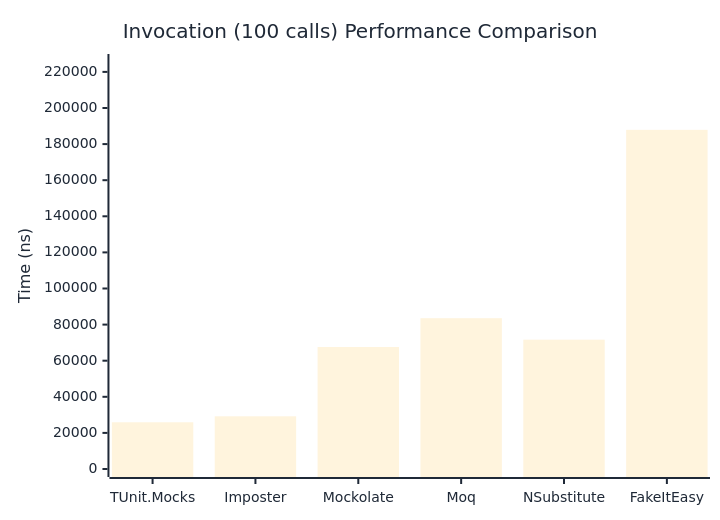
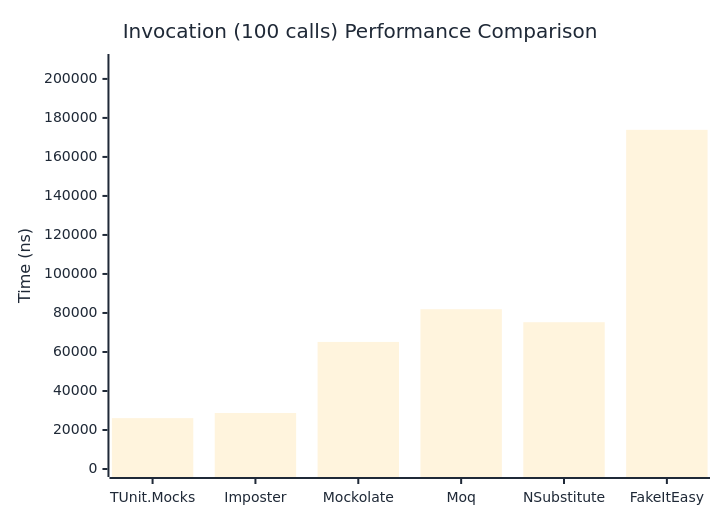
Before and after one commit to thomhurst/TUnit: the third of 3 diagrams in docs/docs/benchmarks/mocks/Invocation.md, drawn with Mermaid. The commit also changed other lines of this file and 14 other files, not shown here.

````diff
--- a/docs/docs/benchmarks/mocks/Invocation.md
+++ b/docs/docs/benchmarks/mocks/Invocation.md
@@ -110,27 +110,27 @@
 ```mermaid
 %%{init: {
   'theme':'base',
   'themeVariables': {
     'primaryColor': '#2563eb',
     'primaryTextColor': '#1f2937',
     'primaryBorderColor': '#1e40af',
     'lineColor': '#6b7280',
     'secondaryColor': '#7c3aed',
     'tertiaryColor': '#dc2626',
     'background': '#ffffff',
     'pie1': '#2563eb',
     'pie2': '#7c3aed',
     'pie3': '#dc2626',
     'pie4': '#f59e0b',
     'pie5': '#10b981',
     'pie6': '#06b6d4',
     'pie7': '#ec4899',
     'pie8': '#6366f1'
   }
 }}%%
 xychart-beta
   title "Invocation (100 calls) Performance Comparison"
   x-axis ["TUnit.Mocks", "Imposter", "Mockolate", "Moq", "NSubstitute", "FakeItEasy"]
-  y-axis "Time (ns)" 0 --> 225480
-  bar [25888.9, 29197.1, 67594.1, 83544, 71649.6, 187899.2]
+  y-axis "Time (ns)" 0 --> 208668
+  bar [26083.9, 28720.1, 65145.9, 81919.3, 75260.7, 173889.2]
 ```
````
